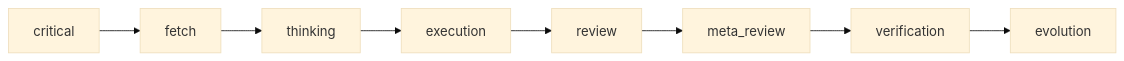
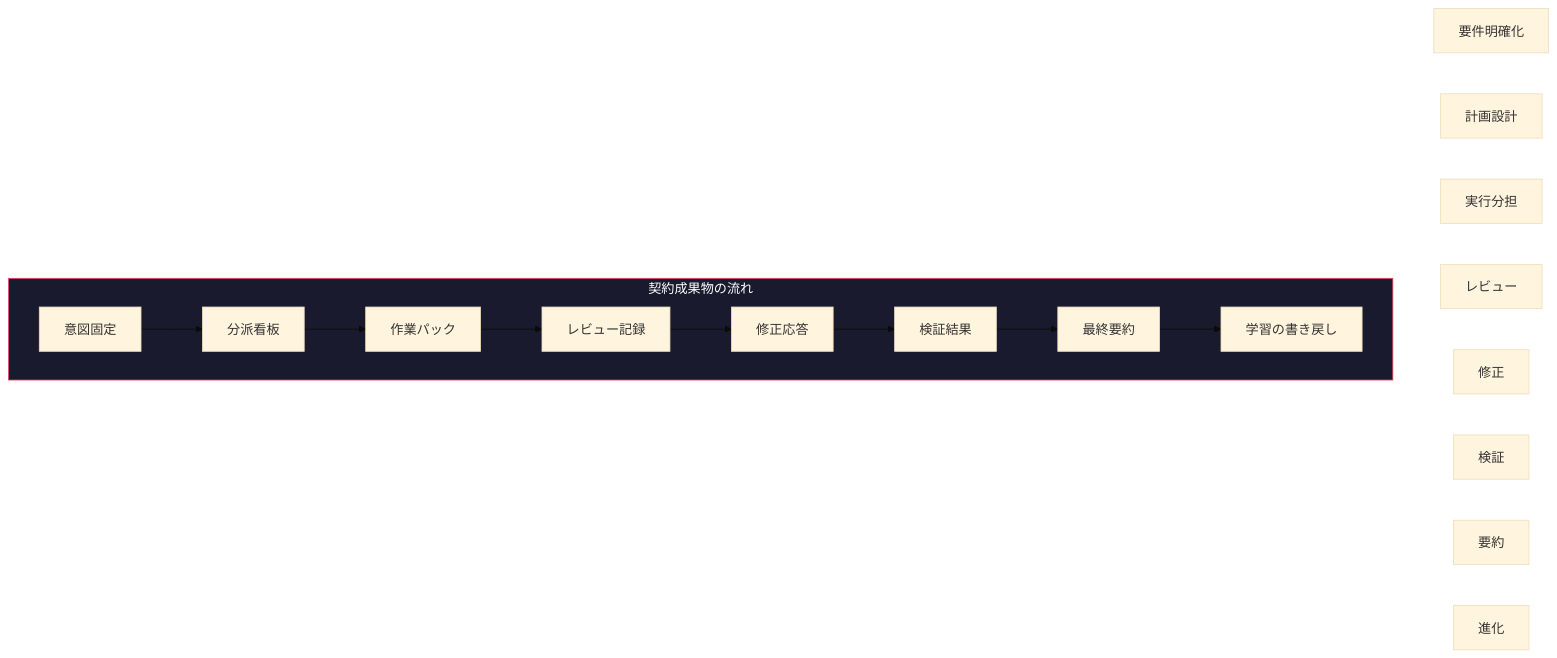
Before and after one commit to limda007/Meta_Kim: the third of 9 diagrams in README.ja-JP.md, drawn with Mermaid (base theme). The commit also changed other lines of this file and 22 other files, not shown here.

````diff
--- a/README.ja-JP.md
+++ b/README.ja-JP.md
@@ -314,5 +235,24 @@
 ```mermaid
-graph LR
-  A1[critical] --> A2[fetch] --> A3[thinking] --> A4[execution]
-  A4 --> A5[review] --> A6[meta_review] --> A7[verification] --> A8[evolution]
+flowchart LR
+    subgraph packets["契約成果物の流れ"]
+        direction LR
+        IP[意図固定] --> DP[分派看板]
+        DP --> WTP[作業パック]
+        WTP --> RP[レビュー記録]
+        RP --> RR[修正応答]
+        RR --> VR[検証結果]
+        VR --> SP[最終要約]
+        SP --> EW[学習の書き戻し]
+    end
+
+    IP ~~~ C2["要件明確化"]
+    DP ~~~ T2["計画設計"]
+    WTP ~~~ E2["実行分担"]
+    RP ~~~ R2["レビュー"]
+    RR ~~~ REV2["修正"]
+    VR ~~~ V2["検証"]
+    SP ~~~ S2["要約"]
+    EW ~~~ EV2["進化"]
+
+    style packets fill:#1a1a2e,stroke:#e94560,color:#fff
 ```
````
